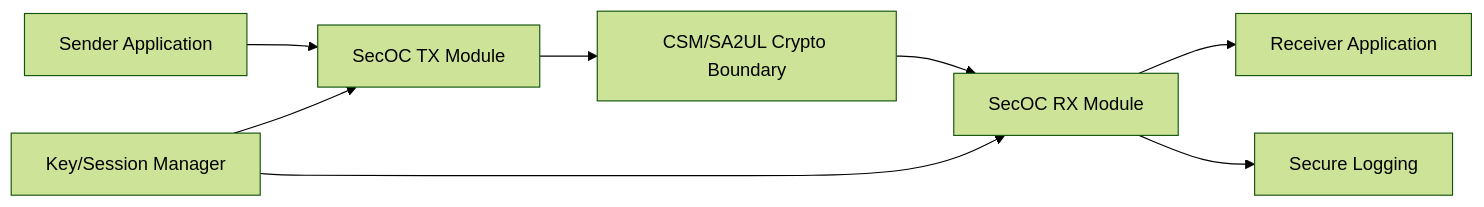
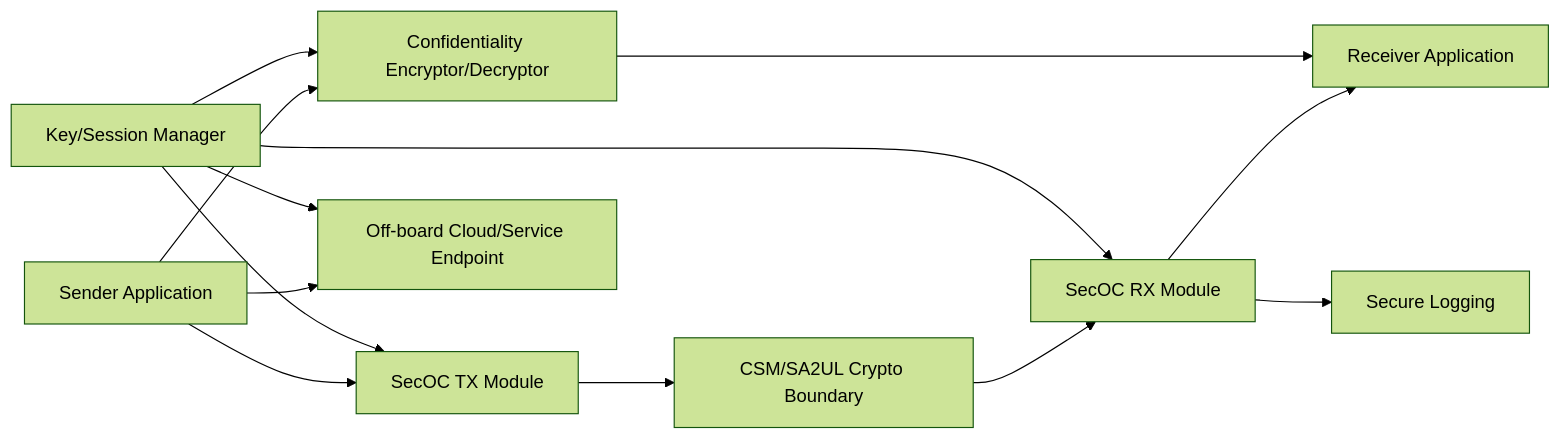
One commit to vinodneelakantam/Sec_Concepts_Req_tracability changed the first of 4 diagrams in TDA4VM_SecOC_Requirements.md. Above: the diagram before and after it, drawn with Mermaid (forest theme). The commit also changed other lines of this file and 4 other files, not shown here.

````diff
--- a/TDA4VM_SecOC_Requirements.md
+++ b/TDA4VM_SecOC_Requirements.md
@@ -57,10 +66,15 @@
 ```mermaid
 graph LR
   App[Sender Application] --> Tx[SecOC TX Module]
   Tx --> Csm[CSM/SA2UL Crypto Boundary]
   Csm --> Rx[SecOC RX Module]
   Rx --> AppR[Receiver Application]
   Key[Key/Session Manager] --> Tx
   Key --> Rx
   Rx --> Log[Secure Logging]
+  App --> Conf[Confidentiality Encryptor/Decryptor]
+  Conf --> AppR
+  Key --> Conf
+  App --> OB[Off-board Cloud/Service Endpoint]
+  Key --> OB
 ```
````
